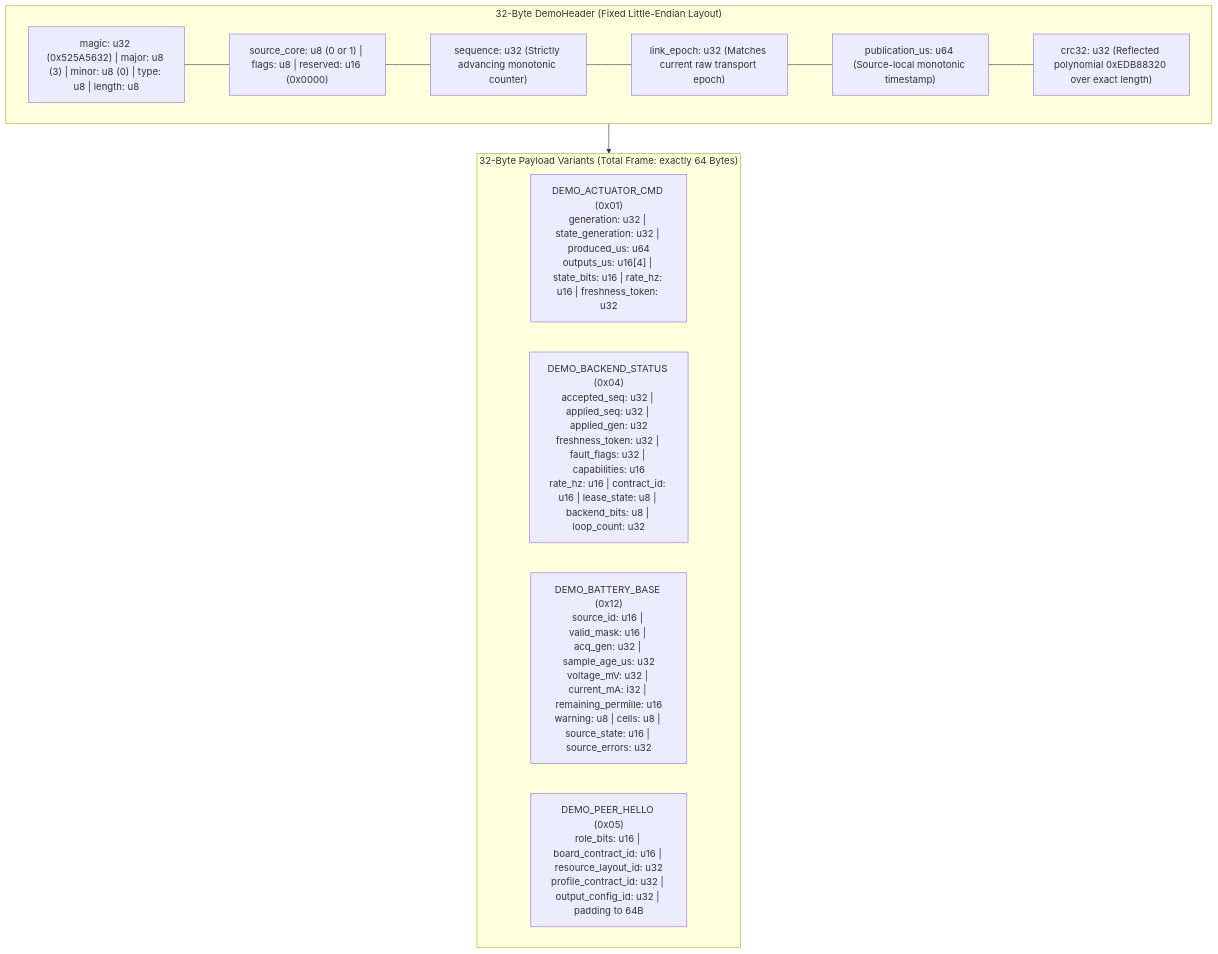
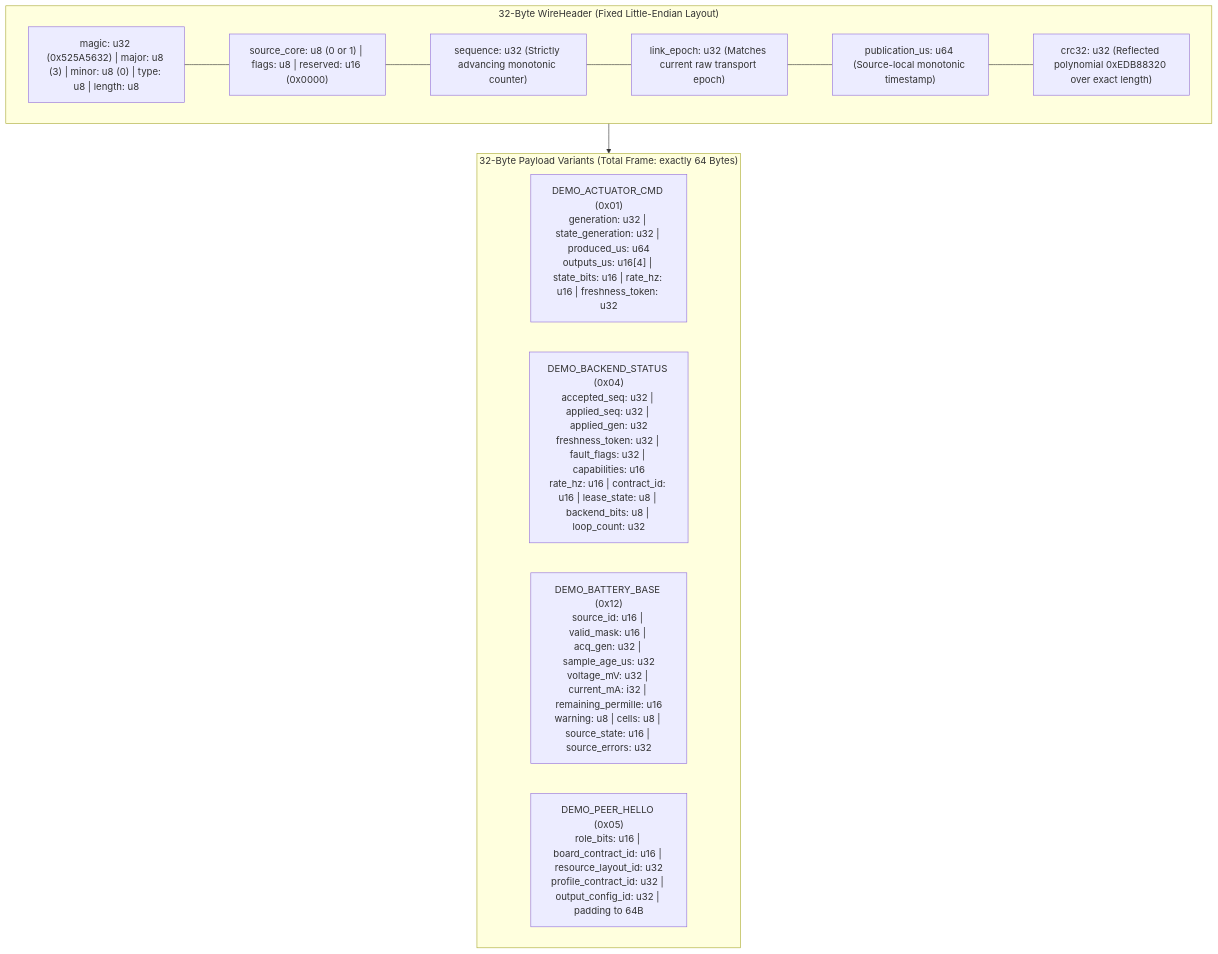
Before and after one commit to nguyentri/PX4-Autopilot: the fourth of 10 diagrams in docs/renesas/marketing/rzv2h-dualcr8-demo-design.md, drawn with Mermaid. The commit also changed other lines of this file and 14 other files, not shown here.

````diff
--- a/docs/renesas/marketing/rzv2h-dualcr8-demo-design.md
+++ b/docs/renesas/marketing/rzv2h-dualcr8-demo-design.md
@@ -228,21 +228,21 @@
 ```mermaid
 flowchart TD
-    subgraph CommonHeader["32-Byte DemoHeader (Fixed Little-Endian Layout)"]
+    subgraph CommonHeader["32-Byte WireHeader (Fixed Little-Endian Layout)"]
         H1["magic: u32 (0x525A5632) | major: u8 (3) | minor: u8 (0) | type: u8 | length: u8"]
         H2["source_core: u8 (0 or 1) | flags: u8 | reserved: u16 (0x0000)"]
         H3["sequence: u32 (Strictly advancing monotonic counter)"]
         H4["link_epoch: u32 (Matches current raw transport epoch)"]
         H5["publication_us: u64 (Source-local monotonic timestamp)"]
         H6["crc32: u32 (Reflected polynomial 0xEDB88320 over exact length)"]
         H1 --- H2 --- H3 --- H4 --- H5 --- H6
     end
 
     subgraph Payloads["32-Byte Payload Variants (Total Frame: exactly 64 Bytes)"]
         P_Cmd["DEMO_ACTUATOR_CMD (0x01)<br/>generation: u32 | state_generation: u32 | produced_us: u64<br/>outputs_us: u16[4] | state_bits: u16 | rate_hz: u16 | freshness_token: u32"]
         P_Stat["DEMO_BACKEND_STATUS (0x04)<br/>accepted_seq: u32 | applied_seq: u32 | applied_gen: u32<br/>freshness_token: u32 | fault_flags: u32 | capabilities: u16<br/>rate_hz: u16 | contract_id: u16 | lease_state: u8 | backend_bits: u8 | loop_count: u32"]
         P_BattBase["DEMO_BATTERY_BASE (0x12)<br/>source_id: u16 | valid_mask: u16 | acq_gen: u32 | sample_age_us: u32<br/>voltage_mV: u32 | current_mA: i32 | remaining_permille: u16<br/>warning: u8 | cells: u8 | source_state: u16 | source_errors: u32"]
         P_Hello["DEMO_PEER_HELLO (0x05)<br/>role_bits: u16 | board_contract_id: u16 | resource_layout_id: u32<br/>profile_contract_id: u32 | output_config_id: u32 | padding to 64B"]
     end
 
     CommonHeader --> Payloads
 ```
````
